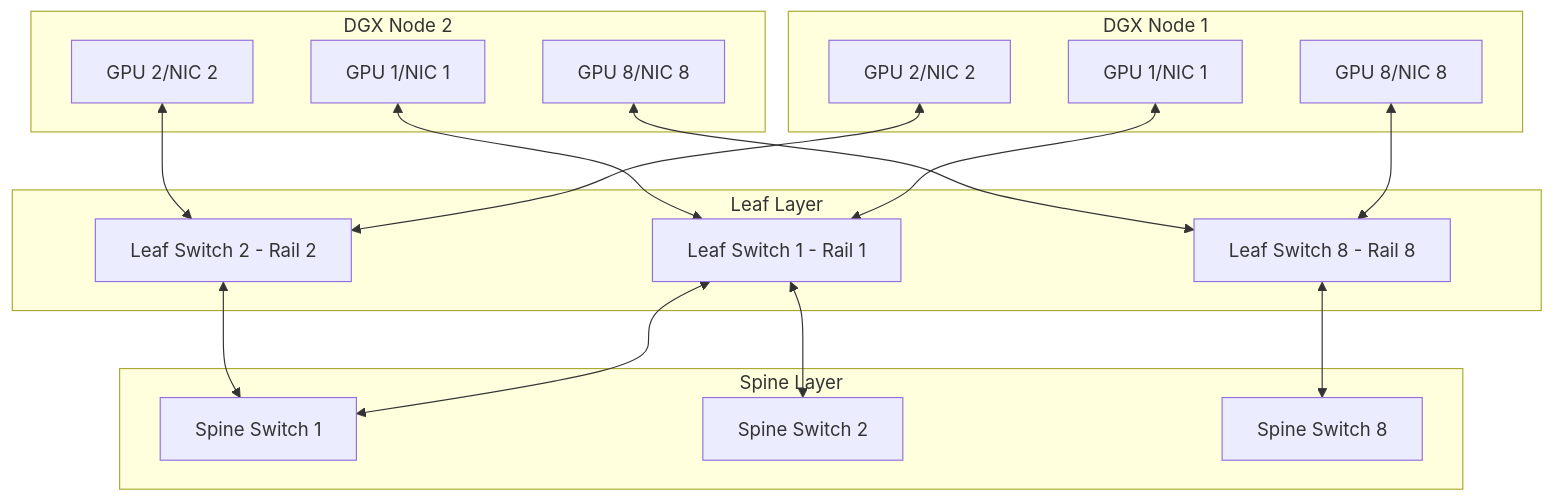
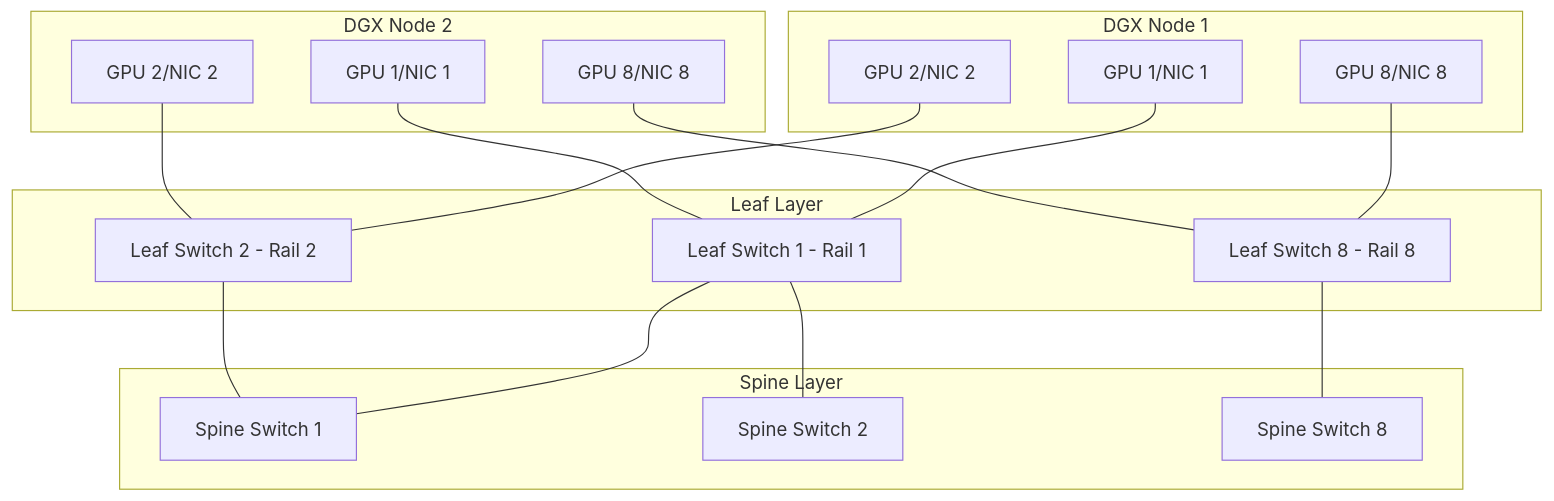
Before and after one commit to jithinpnjm/nvidia-devops: the fifth of 5 diagrams in docs/volume-06/01-ai-networking-rdma-masterclass.md, drawn with Mermaid. The commit also changed other lines of this file and 110 other files, not shown here.

Commit message:
docs(volume-1-10): complete second-pass refinement of formatting, visual diagrams, and code snippets

````diff
--- a/docs/volume-06/01-ai-networking-rdma-masterclass.md
+++ b/docs/volume-06/01-ai-networking-rdma-masterclass.md
@@ -177,40 +177,40 @@
 ```mermaid
 graph TD
     subgraph Spine Layer
         S1[Spine Switch 1]
         S2[Spine Switch 2]
         S8[Spine Switch 8]
     end
     
     subgraph Leaf Layer
         L1[Leaf Switch 1 - Rail 1]
         L2[Leaf Switch 2 - Rail 2]
         L8[Leaf Switch 8 - Rail 8]
     end
     
     subgraph DGX Node 1
         G1_1[GPU 1/NIC 1]
         G1_2[GPU 2/NIC 2]
         G1_8[GPU 8/NIC 8]
     end
     
     subgraph DGX Node 2
         G2_1[GPU 1/NIC 1]
         G2_2[GPU 2/NIC 2]
         G2_8[GPU 8/NIC 8]
     end
     
-    G1_1 <--> L1
-    G2_1 <--> L1
+    G1_1 --- L1
+    G2_1 --- L1
     
-    G1_2 <--> L2
-    G2_2 <--> L2
+    G1_2 --- L2
+    G2_2 --- L2
     
-    G1_8 <--> L8
-    G2_8 <--> L8
+    G1_8 --- L8
+    G2_8 --- L8
     
-    L1 <--> S1
-    L1 <--> S2
-    L2 <--> S1
-    L8 <--> S8
+    L1 --- S1
+    L1 --- S2
+    L2 --- S1
+    L8 --- S8
 ```
````
